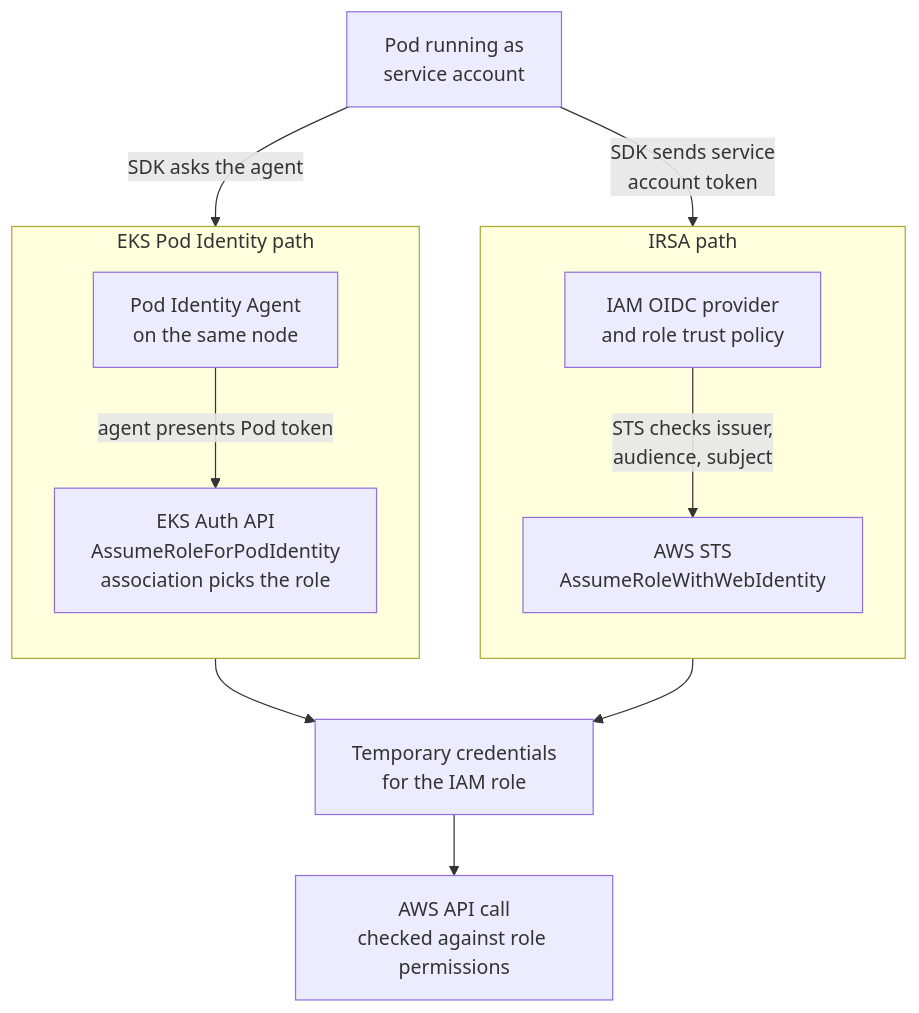
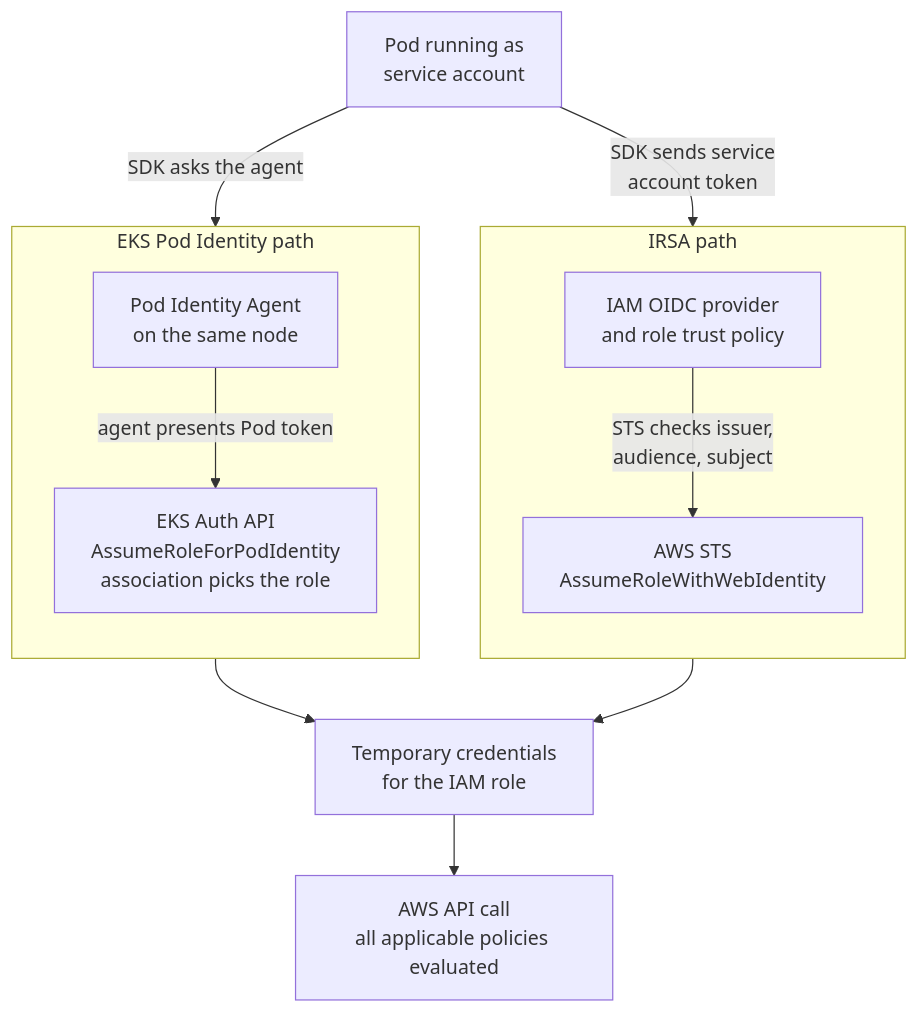
Before and after one commit to David-A18/MY-humble-knowledge-for-everyone: the diagram in knowledge/cross-topic-guides/eks-workload-identity.md, drawn with Mermaid. The commit also changed other lines of this file and 6 other files, not shown here.

````diff
--- a/knowledge/cross-topic-guides/eks-workload-identity.md
+++ b/knowledge/cross-topic-guides/eks-workload-identity.md
@@ -111,23 +125,23 @@
 ```mermaid
 flowchart TB
   pod["Pod running as<br/>service account"]
   subgraph irsa["IRSA path"]
     direction TB
     oidc["IAM OIDC provider<br/>and role trust policy"]
     sts["AWS STS<br/>AssumeRoleWithWebIdentity"]
     oidc -- "STS checks issuer,<br/>audience, subject" --> sts
   end
   subgraph podid["EKS Pod Identity path"]
     direction TB
     agent["Pod Identity Agent<br/>on the same node"]
     eksauth["EKS Auth API<br/>AssumeRoleForPodIdentity<br/>association picks the role"]
     agent -- "agent presents Pod token" --> eksauth
   end
   creds["Temporary credentials<br/>for the IAM role"]
-  aws["AWS API call<br/>checked against role permissions"]
+  aws["AWS API call<br/>all applicable policies evaluated"]
   pod -- "SDK sends service<br/>account token" --> sts
   pod -- "SDK asks the agent" --> agent
   sts --> creds
   eksauth --> creds
   creds --> aws
 ```
````
